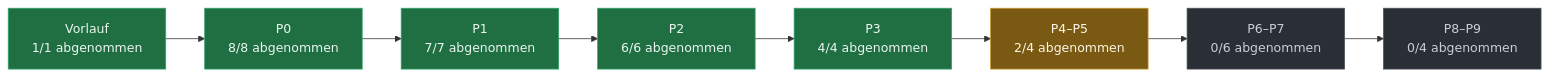
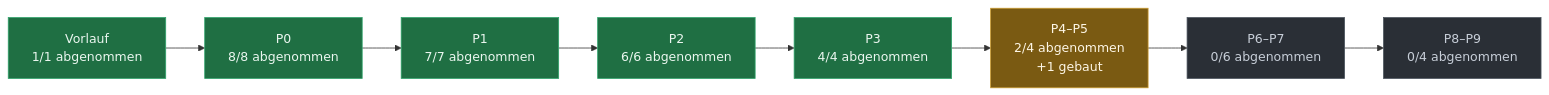
Before and after one commit to evenacadia-tech/Nakama: the diagram in docs/PLAN-STAND.md, drawn with Mermaid. The commit also changed other lines of this file, not shown here.

First line of the commit message:
Planstand: SONDE-014 gebaut (Quellstand 4b60e82)

````diff
--- a/docs/PLAN-STAND.md
+++ b/docs/PLAN-STAND.md
@@ -35,21 +37,21 @@
 ```mermaid
 flowchart LR
   P0["Vorlauf<br/>1/1 abgenommen"]:::fertig
   P1["P0<br/>8/8 abgenommen"]:::fertig
   P0 --> P1
   P2["P1<br/>7/7 abgenommen"]:::fertig
   P1 --> P2
   P3["P2<br/>6/6 abgenommen"]:::fertig
   P2 --> P3
   P4["P3<br/>4/4 abgenommen"]:::fertig
   P3 --> P4
-  P5["P4–P5<br/>2/4 abgenommen"]:::laeuft
+  P5["P4–P5<br/>2/4 abgenommen<br/>+1 gebaut"]:::laeuft
   P4 --> P5
   P6["P6–P7<br/>0/6 abgenommen"]:::offen
   P5 --> P6
   P7["P8–P9<br/>0/4 abgenommen"]:::offen
   P6 --> P7
   classDef fertig fill:#1f6f43,stroke:#2ea36a,color:#eaf6ef
   classDef laeuft fill:#7a5a12,stroke:#c99a2e,color:#fdf6e6
   classDef offen  fill:#2a2f36,stroke:#4a525c,color:#c7ced8
 ```
````
